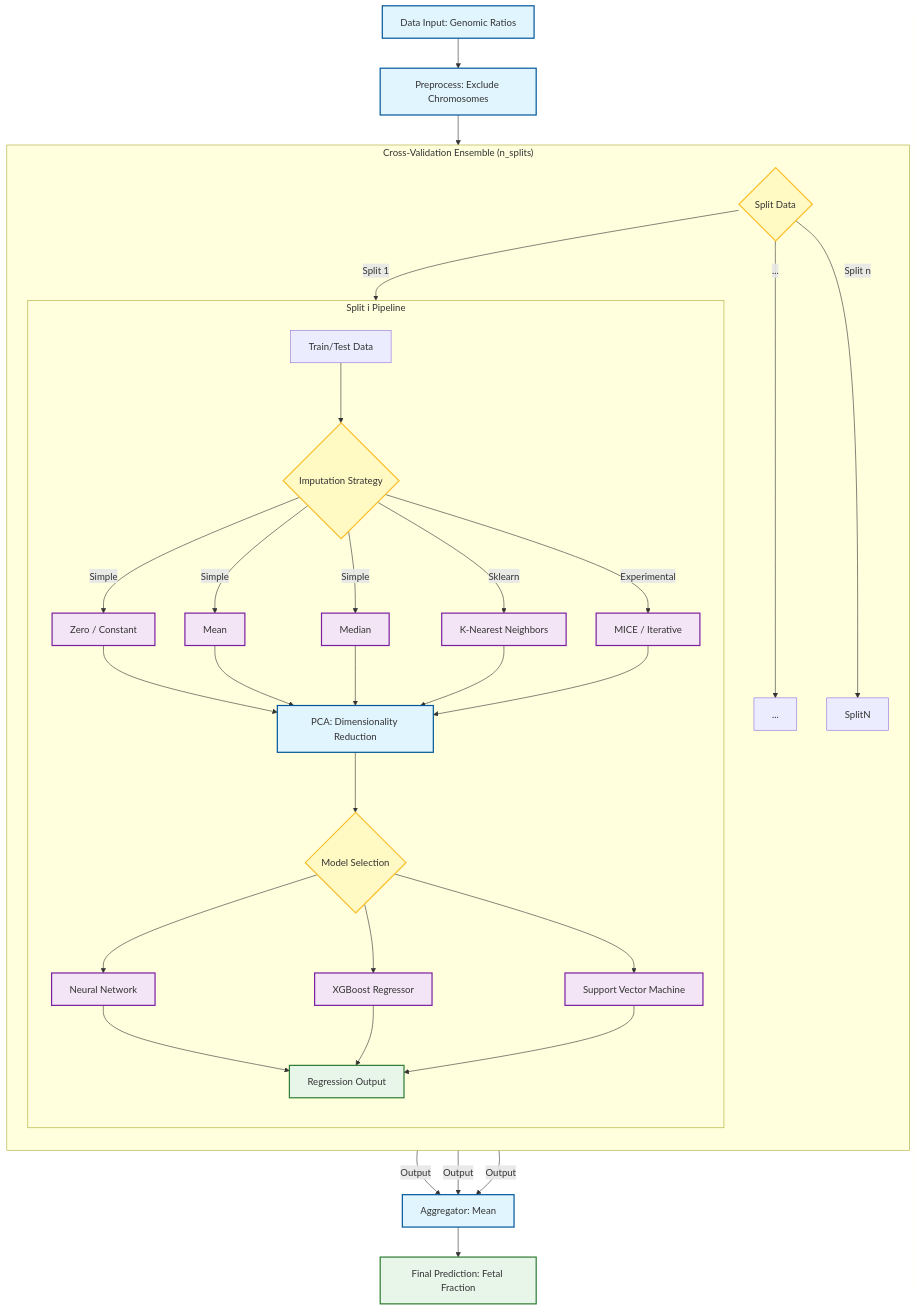
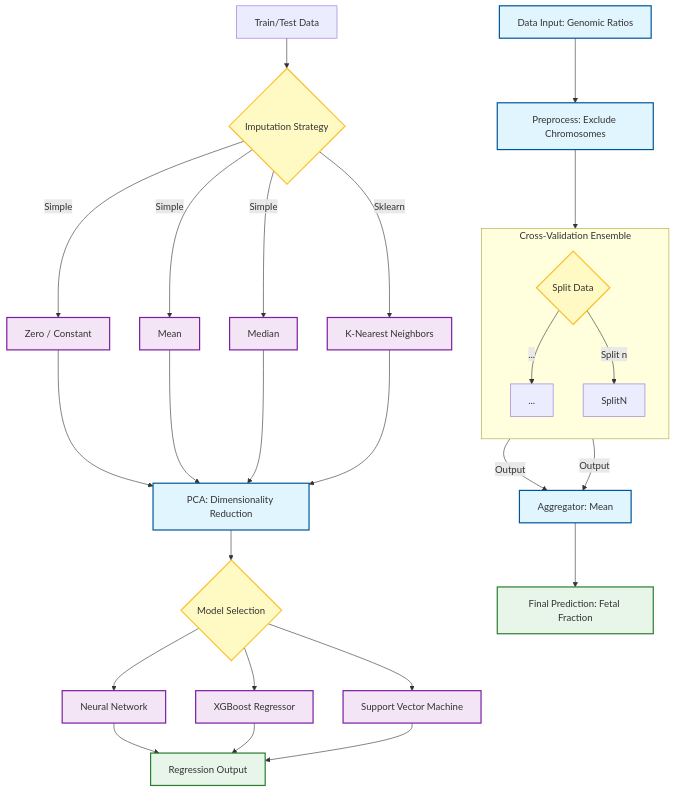
One commit to matthdsm/PREFACE changed the diagram in README.md. Above: the diagram before and after it, drawn with Mermaid. The commit also changed other lines of this file, not shown here.

````diff
--- a/README.md
+++ b/README.md
@@ -72,56 +74,53 @@
 ```mermaid
-graph TD
-    Input[Data Input: Genomic Ratios] --> Preprocess[Preprocess: Exclude Chromosomes]
-    Preprocess --> GlobalSplit{Split Data}
-    
-    subgraph "Cross-Validation Ensemble (n_splits)"
-        direction TB
-        GlobalSplit -->|Split 1| Split1
-        GlobalSplit -->|...| SplitDot[...]
-        GlobalSplit -->|Split n| SplitN
-        
-        subgraph Split1 [Split i Pipeline]
-            direction TB
-            S1_Input[Train/Test Data] --> Impute{Imputation Strategy}
-            
-            Impute -->|Simple| ImpZero[Zero / Constant]
-            Impute -->|Simple| ImpMean[Mean]
-            Impute -->|Simple| ImpMedian[Median]
-            Impute -->|Sklearn| ImpKNN[K-Nearest Neighbors]
-            Impute -->|Experimental| ImpMICE[MICE / Iterative]
-            
-            ImpZero --> PCA[PCA: Dimensionality Reduction]
-            ImpMean --> PCA
-            ImpMedian --> PCA
-            ImpKNN --> PCA
-            ImpMICE --> PCA
-            
-            PCA --> ModelSelect{Model Selection}
-            
-            ModelSelect --> ModNN[Neural Network]
-            ModelSelect --> ModXGB[XGBoost Regressor]
-            ModelSelect --> ModSVM[Support Vector Machine]
-            
-            ModNN --> Output1[Regression Output]
-            ModXGB --> Output1
-            ModSVM --> Output1
-        end
-    end
+---
+config:
+  layout: dagre
+---
+flowchart TB
+ subgraph subGraph1["Cross-Validation Ensemble"]
+    direction TB
+        GlobalSplit{"Split Data"}
+        SplitDot["..."]
+        SplitN["SplitN"]
+  end
+    Input["Data Input: Genomic Ratios"] --> Preprocess["Preprocess: Exclude Chromosomes"]
+    Preprocess --> GlobalSplit
+    GlobalSplit -- "..." --> SplitDot
+    GlobalSplit -- Split n --> SplitN
+    S1_Input["Train/Test Data"] --> Impute{"Imputation Strategy"}
+    Impute -- Simple --> ImpZero["Zero / Constant"] & ImpMean["Mean"] & ImpMedian["Median"]
+    Impute -- Sklearn --> ImpKNN["K-Nearest Neighbors"]
+    ImpZero --> PCA["PCA: Dimensionality Reduction"]
+    ImpMean --> PCA
+    ImpMedian --> PCA
+    ImpKNN --> PCA
+    PCA --> ModelSelect{"Model Selection"}
+    ModelSelect --> ModNN["Neural Network"] & ModXGB["XGBoost Regressor"] & ModSVM["Support Vector Machine"]
+    ModNN --> Output1["Regression Output"]
+    ModXGB --> Output1
+    ModSVM --> Output1
+    SplitDot -- Output --> Aggregator["Aggregator: Mean"]
+    SplitN -- Output --> Aggregator
+    Aggregator --> FinalResult["Final Prediction: Fetal Fraction"]
 
-    Split1 -->|Output| Aggregator[Aggregator: Mean]
-    SplitDot -->|Output| Aggregator
-    SplitN -->|Output| Aggregator
-    
-    Aggregator --> FinalResult[Final Prediction: Fetal Fraction]
-
-    %% Styling
-    classDef process fill:#e1f5fe,stroke:#01579b,stroke-width:2px;
-    classDef decision fill:#fff9c4,stroke:#fbc02d,stroke-width:2px;
-    classDef model fill:#f3e5f5,stroke:#7b1fa2,stroke-width:2px;
-    classDef output fill:#e8f5e9,stroke:#2e7d32,stroke-width:2px;
-    
-    class Input,Preprocess,PCA,Aggregator process;
-    class Impute,ModelSelect,GlobalSplit decision;
-    class ImpZero,ImpMean,ImpMedian,ImpKNN,ImpMICE,ModNN,ModXGB,ModSVM model;
-    class FinalResult,Output1 output;
+     GlobalSplit:::decision
+     Input:::process
+     Preprocess:::process
+     Impute:::decision
+     ImpZero:::model
+     ImpMean:::model
+     ImpMedian:::model
+     ImpKNN:::model
+     PCA:::process
+     ModelSelect:::decision
+     ModNN:::model
+     ModXGB:::model
+     ModSVM:::model
+     Output1:::output
+     Aggregator:::process
+     FinalResult:::output
+    classDef process fill:#e1f5fe,stroke:#01579b,stroke-width:2px
+    classDef decision fill:#fff9c4,stroke:#fbc02d,stroke-width:2px
+    classDef model fill:#f3e5f5,stroke:#7b1fa2,stroke-width:2px
+    classDef output fill:#e8f5e9,stroke:#2e7d32,stroke-width:2px
 ```
````
